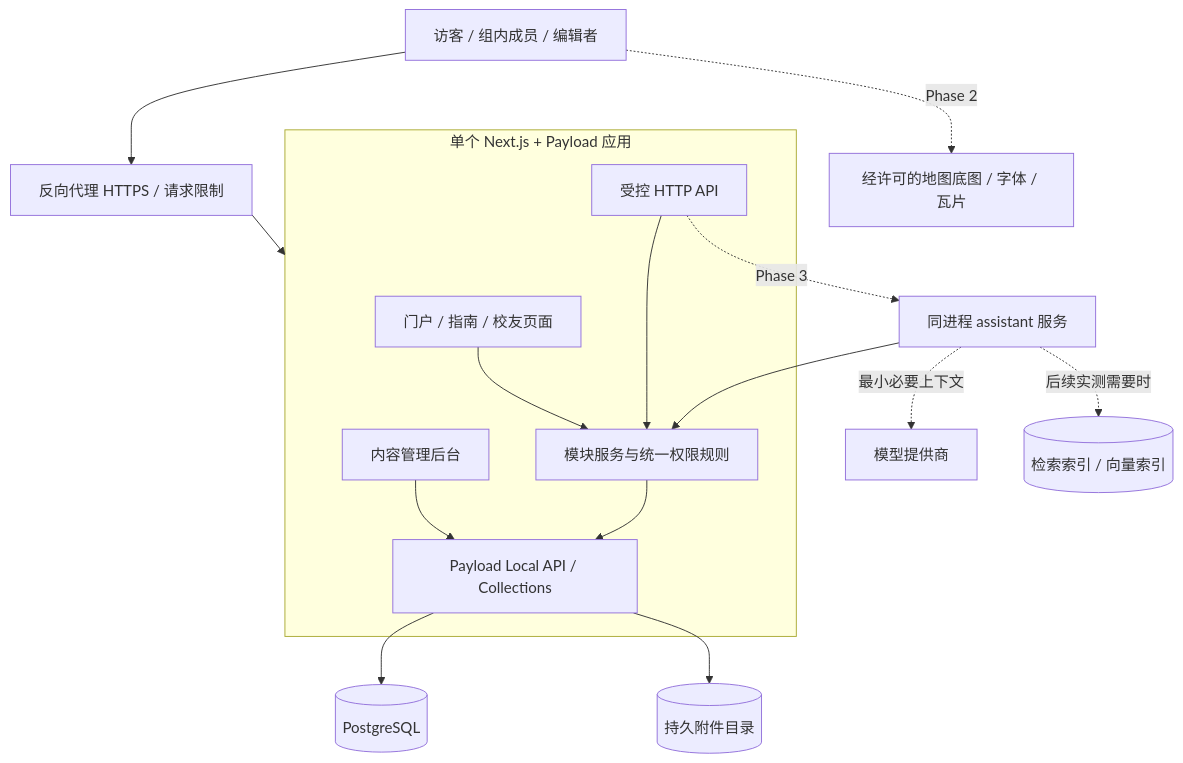
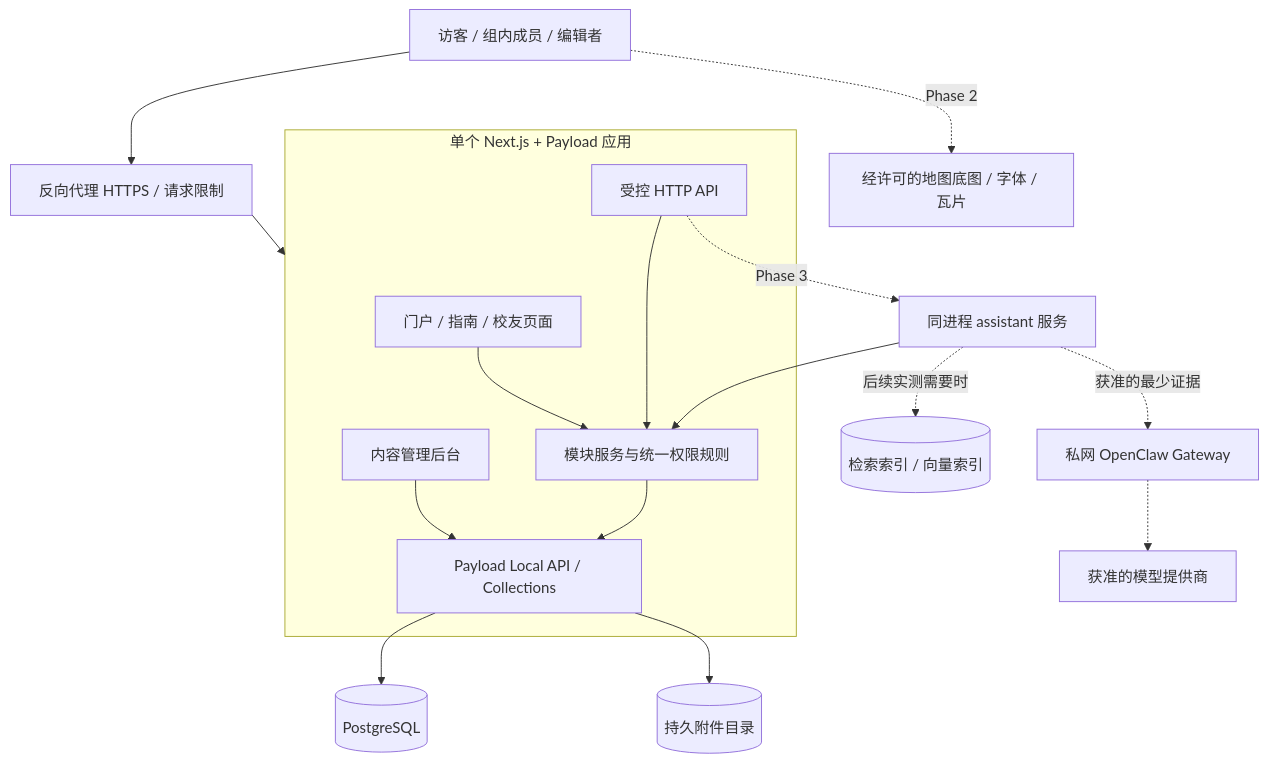
One commit to zxl123456123/notebook-for-new changed the first of 2 diagrams in docs/architecture.md. Above: the diagram before and after it, drawn with Mermaid. The commit also changed other lines of this file and 2 other files, not shown here.

Commit message:
docs(assistant): prioritize source-backed group questions on the homepage

````diff
--- a/docs/architecture.md
+++ b/docs/architecture.md
@@ -19,23 +19,24 @@
 ```mermaid
 flowchart TB
   Browser[访客 / 组内成员 / 编辑者] --> Proxy[反向代理 HTTPS / 请求限制]
   Proxy --> App
   subgraph App[单个 Next.js + Payload 应用]
     Pages[门户 / 指南 / 校友页面]
     Admin[内容管理后台]
     API[受控 HTTP API]
     Services[模块服务与统一权限规则]
     CMS[Payload Local API / Collections]
     Pages --> Services
     Admin --> CMS
     API --> Services
     Services --> CMS
   end
   CMS --> DB[(PostgreSQL)]
   CMS --> Files[(持久附件目录)]
   Browser -. Phase 2 .-> Tiles[经许可的地图底图 / 字体 / 瓦片]
   API -. Phase 3 .-> Assistant[同进程 assistant 服务]
   Assistant --> Services
-  Assistant -. 最小必要上下文 .-> LLM[模型提供商]
+  Assistant -. 获准的最少证据 .-> Gateway[私网 OpenClaw Gateway]
+  Gateway -.-> LLM[获准的模型提供商]
   Assistant -. 后续实测需要时 .-> Vector[(检索索引 / 向量索引)]
 ```
````
